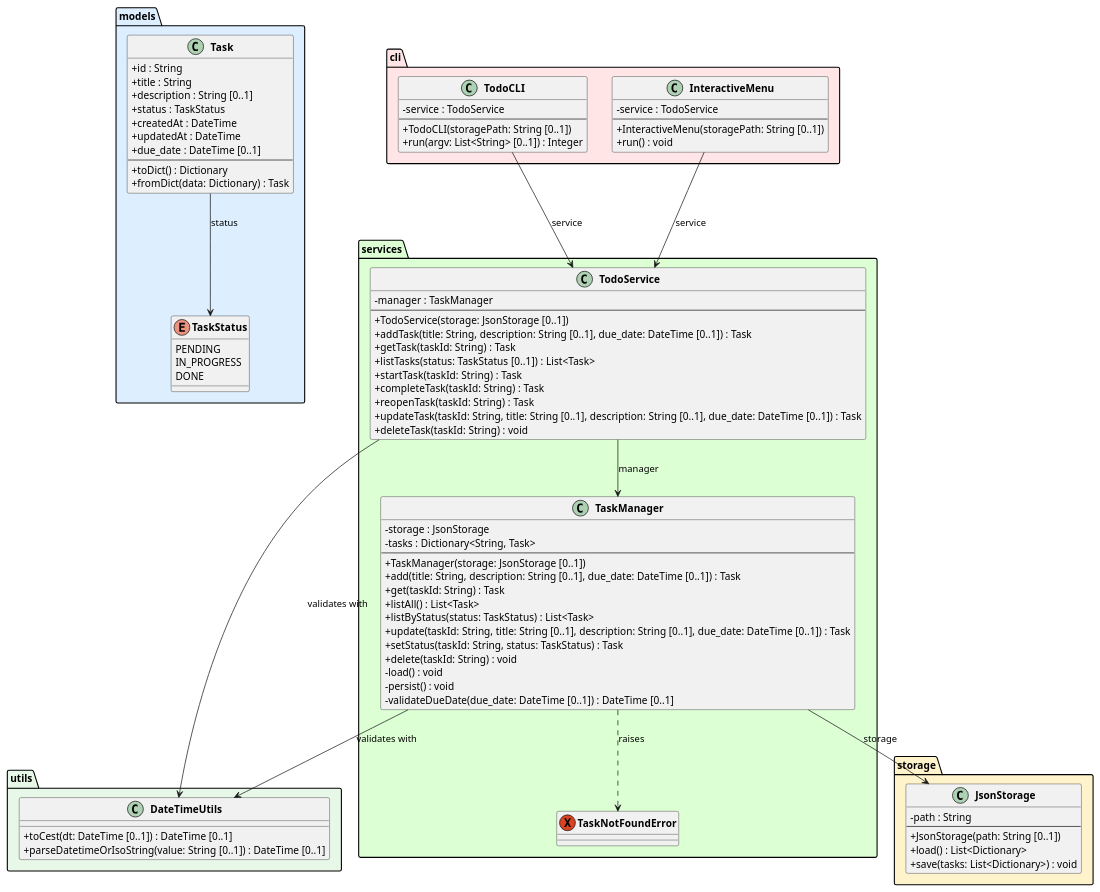
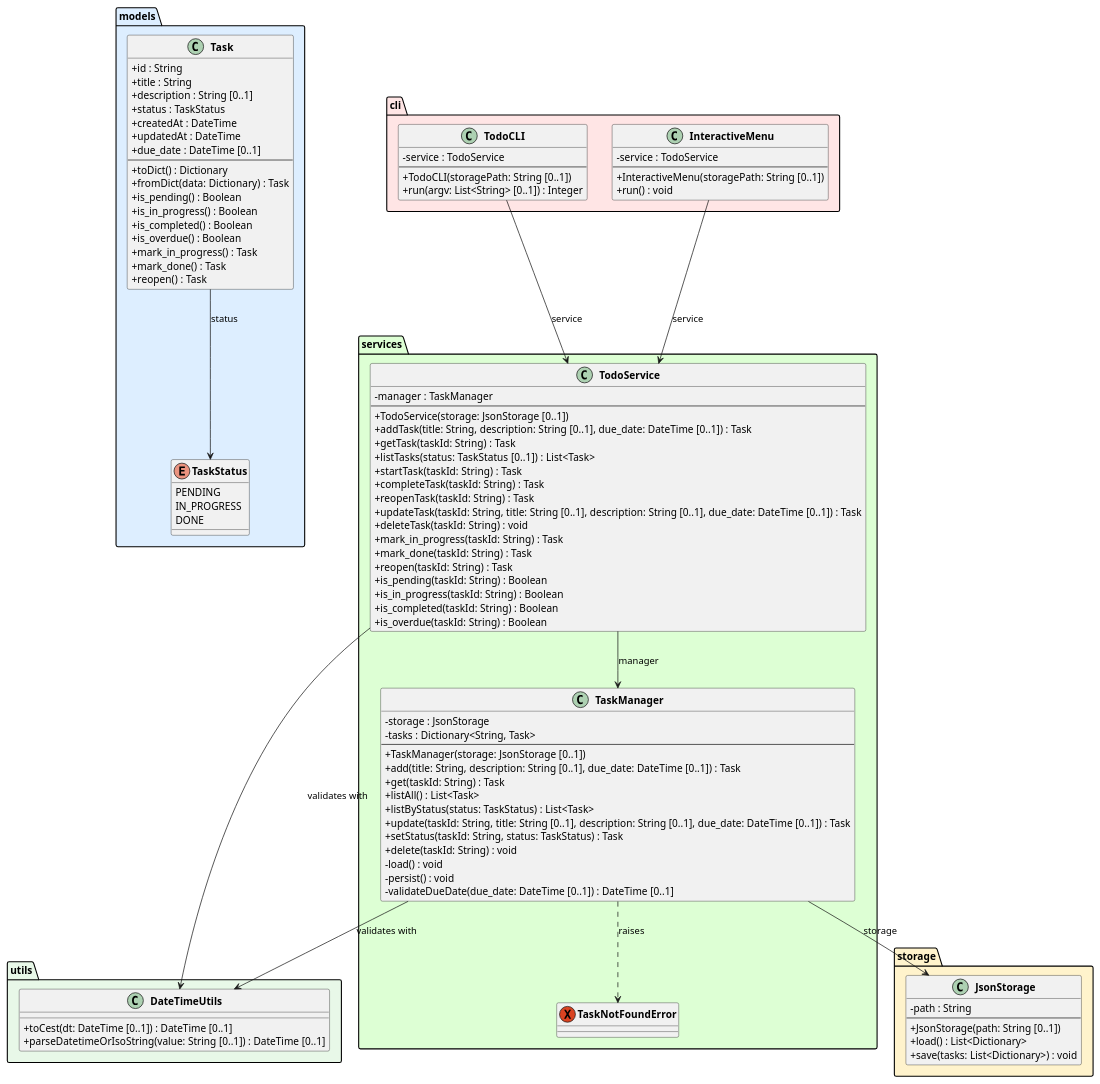
One commit to DanielRiha8906/Software_autoevolution_using_agents changed the diagram in experiments/supervisor_as_tools/user_stories/TODO/artifacts/class_diagram.puml. Above: the diagram before and after it, drawn with PlantUML. The commit also changed 12 other files, not shown here.

```diff
--- a/experiments/supervisor_as_tools/user_stories/TODO/artifacts/class_diagram.puml
+++ b/experiments/supervisor_as_tools/user_stories/TODO/artifacts/class_diagram.puml
@@ -1,104 +1,118 @@
 @startuml class_diagram
 
 skinparam classAttributeIconSize 0
 skinparam classFontStyle bold
 
 package "models" #DDEEFF {
     enum TaskStatus {
         PENDING
         IN_PROGRESS
         DONE
     }
 
     class Task {
         +id : String
         +title : String
         +description : String [0..1]
         +status : TaskStatus
         +createdAt : DateTime
         +updatedAt : DateTime
         +due_date : DateTime [0..1]
         --
         +toDict() : Dictionary
         +fromDict(data: Dictionary) : Task
+        +is_pending() : Boolean
+        +is_in_progress() : Boolean
+        +is_completed() : Boolean
+        +is_overdue() : Boolean
+        +mark_in_progress() : Task
+        +mark_done() : Task
+        +reopen() : Task
     }
 }
 
 package "utils" #E8F8E8 {
     class DateTimeUtils {
         +toCest(dt: DateTime [0..1]) : DateTime [0..1]
         +parseDatetimeOrIsoString(value: String [0..1]) : DateTime [0..1]
     }
 }
 
 package "storage" #FFF3CC {
     class JsonStorage {
         -path : String
         --
         +JsonStorage(path: String [0..1])
         +load() : List<Dictionary>
         +save(tasks: List<Dictionary>) : void
     }
 }
 
 package "services" #DDFFD4 {
     exception TaskNotFoundError
 
     class TaskManager {
         -storage : JsonStorage
         -tasks : Dictionary<String, Task>
         --
         +TaskManager(storage: JsonStorage [0..1])
         +add(title: String, description: String [0..1], due_date: DateTime [0..1]) : Task
         +get(taskId: String) : Task
         +listAll() : List<Task>
         +listByStatus(status: TaskStatus) : List<Task>
         +update(taskId: String, title: String [0..1], description: String [0..1], due_date: DateTime [0..1]) : Task
         +setStatus(taskId: String, status: TaskStatus) : Task
         +delete(taskId: String) : void
         -load() : void
         -persist() : void
         -validateDueDate(due_date: DateTime [0..1]) : DateTime [0..1]
     }
 
     class TodoService {
         -manager : TaskManager
         --
         +TodoService(storage: JsonStorage [0..1])
         +addTask(title: String, description: String [0..1], due_date: DateTime [0..1]) : Task
         +getTask(taskId: String) : Task
         +listTasks(status: TaskStatus [0..1]) : List<Task>
         +startTask(taskId: String) : Task
         +completeTask(taskId: String) : Task
         +reopenTask(taskId: String) : Task
         +updateTask(taskId: String, title: String [0..1], description: String [0..1], due_date: DateTime [0..1]) : Task
         +deleteTask(taskId: String) : void
+        +mark_in_progress(taskId: String) : Task
+        +mark_done(taskId: String) : Task
+        +reopen(taskId: String) : Task
+        +is_pending(taskId: String) : Boolean
+        +is_in_progress(taskId: String) : Boolean
+        +is_completed(taskId: String) : Boolean
+        +is_overdue(taskId: String) : Boolean
     }
 }
 
 package "cli" #FFE5E5 {
     class TodoCLI {
         -service : TodoService
         --
         +TodoCLI(storagePath: String [0..1])
         +run(argv: List<String> [0..1]) : Integer
     }
 
     class InteractiveMenu {
         -service : TodoService
         --
         +InteractiveMenu(storagePath: String [0..1])
         +run() : void
     }
 }
 
 Task --> TaskStatus : status
 TaskManager --> JsonStorage : storage
 TaskManager ..> TaskNotFoundError : raises
 TaskManager --> DateTimeUtils : validates with
 TodoService --> TaskManager : manager
 TodoService --> DateTimeUtils : validates with
 TodoCLI --> TodoService : service
 InteractiveMenu --> TodoService : service
 
 @enduml
```
